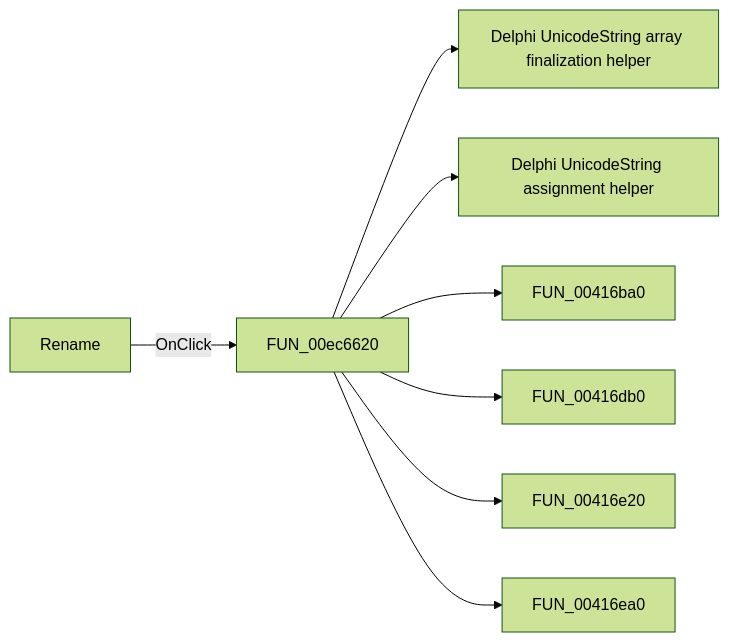
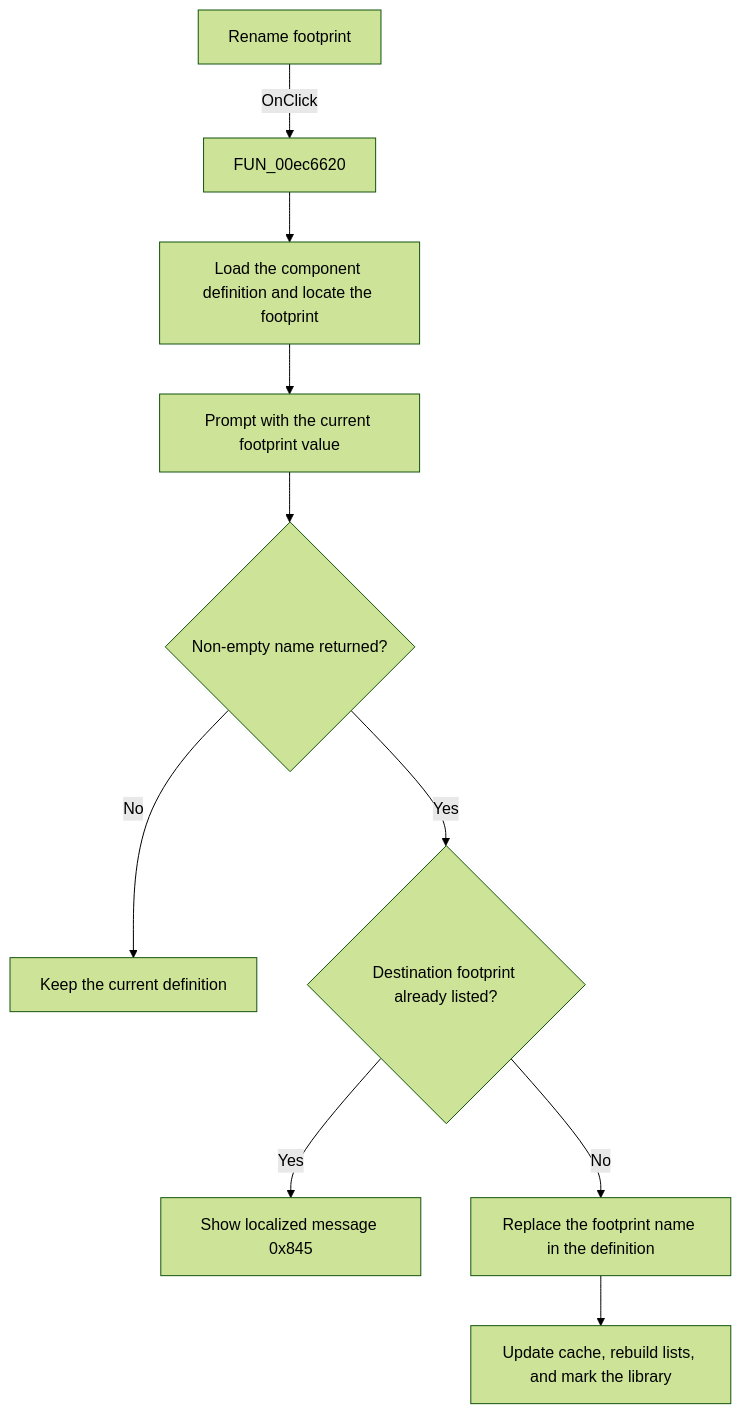
The diagram in docs/ui-controls/pcbform4/btnrenamemodule-fb74ac358d.md (MovGP0/TIARA), drawn with Mermaid (forest theme) before and after one commit. The commit also changed other lines of this file and 1062 other files, not shown here.

````diff
--- a/docs/ui-controls/pcbform4/btnrenamemodule-fb74ac358d.md
+++ b/docs/ui-controls/pcbform4/btnrenamemodule-fb74ac358d.md
@@ -27,10 +31,12 @@
 ```mermaid
-flowchart LR
-    control["Rename"] -->|OnClick| handler["FUN_00ec6620"]
-    handler --> call1["Delphi UnicodeString array finalization helper"]
-    handler --> call2["Delphi UnicodeString assignment helper"]
-    handler --> call3["FUN_00416ba0"]
-    handler --> call4["FUN_00416db0"]
-    handler --> call5["FUN_00416e20"]
-    handler --> call6["FUN_00416ea0"]
+flowchart TD
+    control["Rename footprint"] -->|OnClick| handler["FUN_00ec6620"]
+    handler --> locate["Load the component definition and locate the footprint"]
+    locate --> prompt["Prompt with the current footprint value"]
+    prompt --> name{"Non-empty name returned?"}
+    name -->|No| noChange["Keep the current definition"]
+    name -->|Yes| duplicate{"Destination footprint already listed?"}
+    duplicate -->|Yes| error["Show localized message 0x845"]
+    duplicate -->|No| replace["Replace the footprint name in the definition"]
+    replace --> refresh["Update cache, rebuild lists, and mark the library"]
 ```
````
